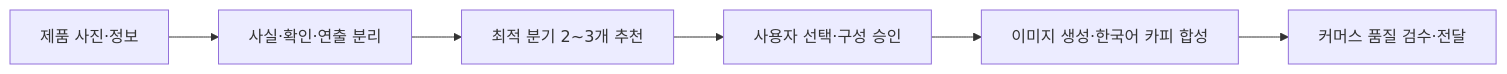
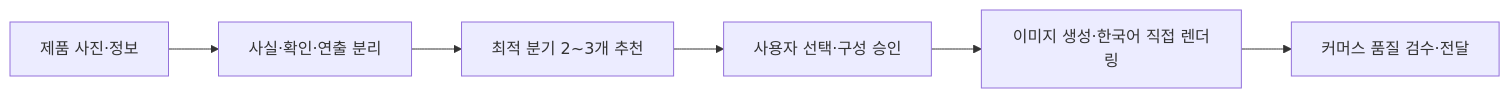
The diagram in README.md (techtreecoltd/machinebot-sangse-maker), drawn with Mermaid before and after one commit. The commit also changed other lines of this file and 14 other files, not shown here.

````diff
--- a/README.md
+++ b/README.md
@@ -36,8 +36,8 @@
 ```mermaid
 flowchart LR
     A[제품 사진·정보] --> B[사실·확인·연출 분리]
     B --> C[최적 분기 2~3개 추천]
     C --> D[사용자 선택·구성 승인]
-    D --> E[이미지 생성·한국어 카피 합성]
+    D --> E[이미지 생성·한국어 직접 렌더링]
     E --> F[커머스 품질 검수·전달]
 ```
````
